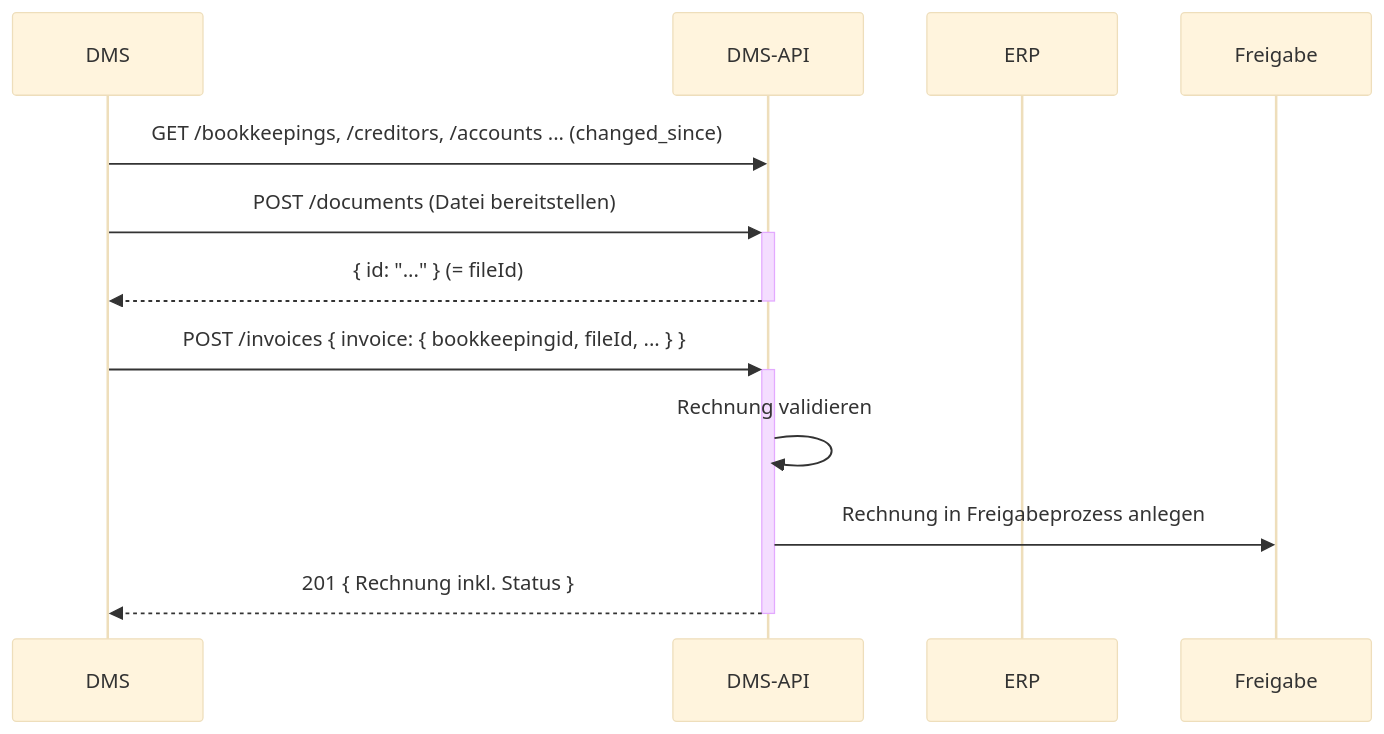
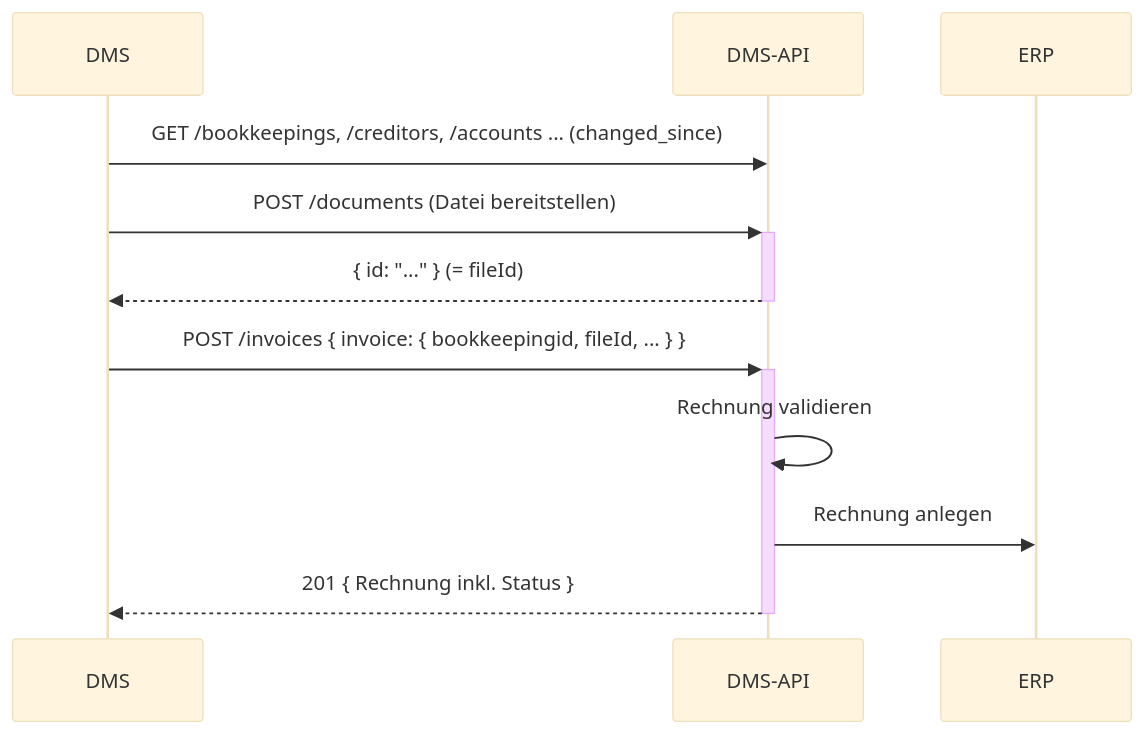
One commit to wwimmo/ww-dms-api changed the diagram in docs/2-anleitungen/2-rechnung-importieren.md. Above: the diagram before and after it, drawn with Mermaid (base theme). The commit also changed other lines of this file and 5 other files, not shown here.

````diff
--- a/docs/2-anleitungen/2-rechnung-importieren.md
+++ b/docs/2-anleitungen/2-rechnung-importieren.md
@@ -43,14 +43,13 @@
 ```mermaid
 sequenceDiagram
   participant DMS
   participant API as DMS-API
   participant ERP
-  participant WF as Freigabe
   DMS->>API: GET /bookkeepings, /creditors, /accounts ... (changed_since)
   DMS->>+API: POST /documents (Datei bereitstellen)
   API-->>-DMS: { id: "..." }   (= fileId)
   DMS->>+API: POST /invoices { invoice: { bookkeepingid, fileId, ... } }
   API->>API: Rechnung validieren
-  API->>WF: Rechnung in Freigabeprozess anlegen
+  API->>ERP: Rechnung anlegen
   API-->>-DMS: 201 { Rechnung inkl. Status }
 ```
````
